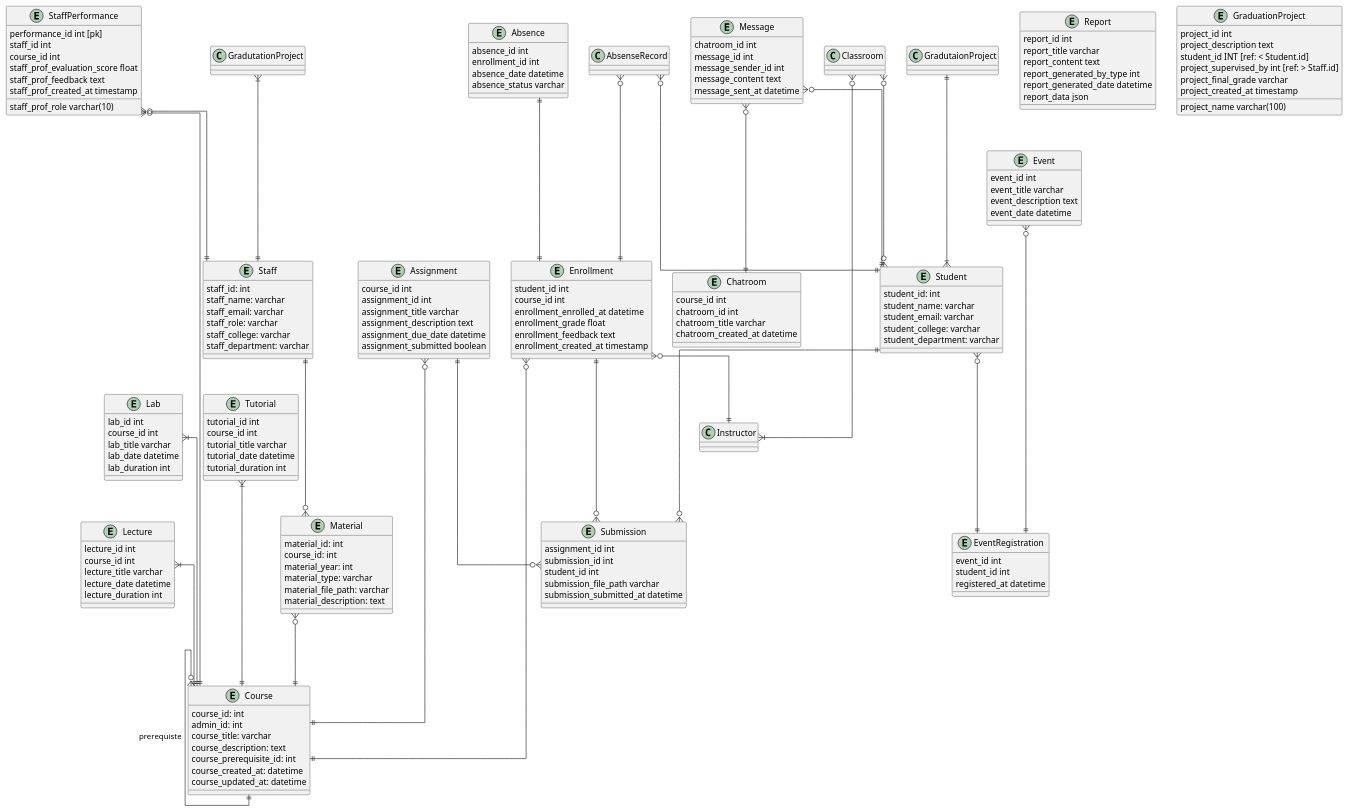
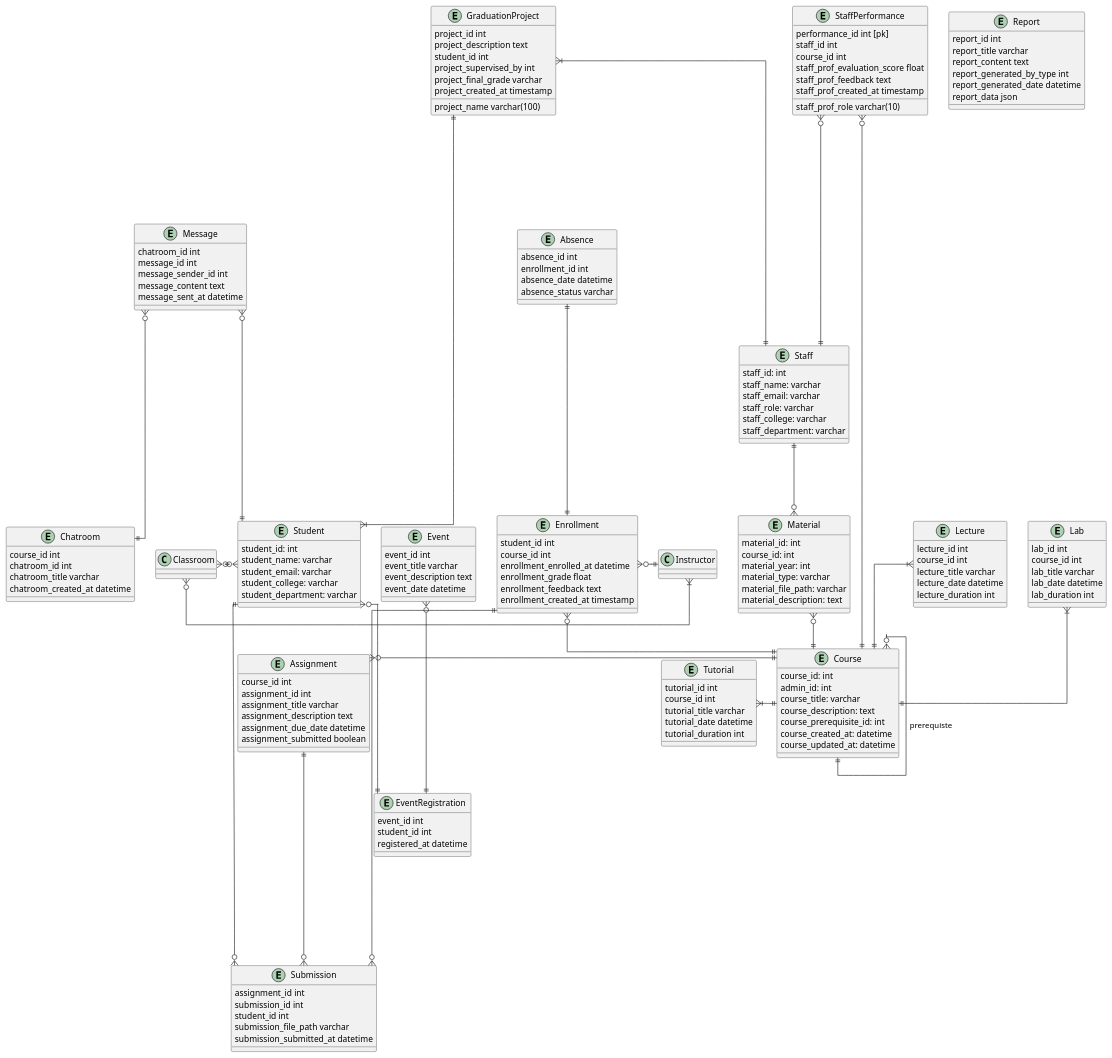
The diagram in docs/diagrams/erd.pu (Ema-Saad/Graduation-Project-360Campus-), drawn with PlantUML before and after one commit.

Commit message:
a feeble attempt at layout

```diff
--- a/docs/diagrams/erd.pu
+++ b/docs/diagrams/erd.pu
@@ -108,7 +108,6 @@
     message_sent_at datetime
 }
 
-
 entity Submission {
     assignment_id int 
     submission_id int 
@@ -152,8 +151,8 @@
     project_id int 
     project_name varchar(100)
     project_description text
-    student_id INT [ref: < Student.id]
-    project_supervised_by int [ref: > Staff.id]
+    student_id int 
+    project_supervised_by int 
     project_final_grade varchar
     project_created_at timestamp 
 }
@@ -186,31 +185,28 @@
 
 skinparam linetype ortho
 
-Course }o-|| Course: prerequiste 
-Classroom }o---o{ Student
-Classroom }o---|{ Instructor
-Enrollment }o--|| Instructor
-Enrollment }o-----|| Course
-AbsenseRecord }o---|| Student
-AbsenseRecord }o---|| Enrollment
-Assignment }o----|| Course
-Tutorial }|----|| Course
-Lab }|----|| Course
-Lecture }|---|| Course
-Material }o---|| Course
+Course }o---|| Course: prerequiste 
+Classroom }o-o{ Student
+Classroom }o-|{ Instructor
+Enrollment }o-|| Instructor
+Enrollment }o-|| Course
+Assignment }o-|| Course
+Tutorial }|-|| Course
+Lab }|--|| Course
+Lecture }|--|| Course
+Material }o--|| Course
 Staff ||---o{ Material
-Message }o---|| Student
-Message }o---|| Chatroom
-Event }o----|| EventRegistration
+Message }o----|| Student
+Message }o----|| Chatroom
+Event }o---|| EventRegistration
 Student }o---|| EventRegistration
-Absence ||---|| Enrollment
-Student ||---o{ Submission
-Assignment ||---o{ Submission
-Enrollment ||---o{ Submission
-GradutaionProject ||---|{ Student
-GradutationProject }|---|| Staff
-StaffPerformance }o---|| Staff
-StaffPerformance }o---|| Course
-
+Absence ||----|| Enrollment
+Student ||-----o{ Submission
+Assignment ||-----o{ Submission
+Enrollment ||------o{ Submission
+GraduationProject ||-----|{ Student
+GraduationProject }|-----|| Staff
+StaffPerformance }o-----|| Staff
+StaffPerformance }o-----|| Course
 
 @enduml
```
